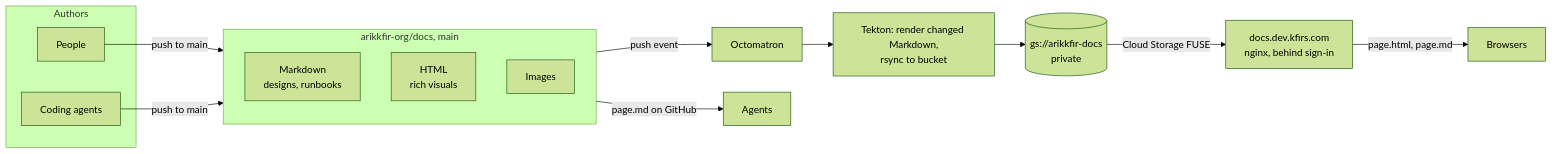
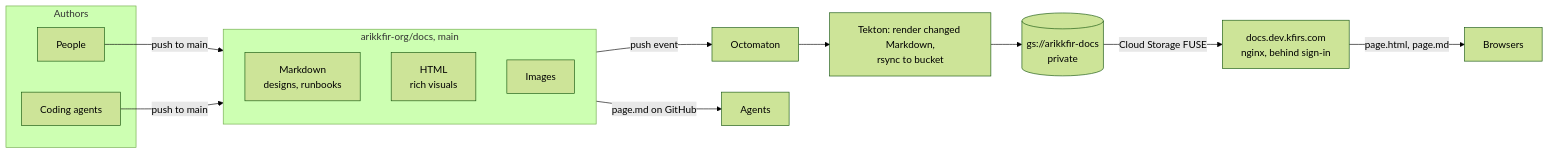
The diagram in hub/designs/phase-0-documentation.md (arikkfir-org/docs), drawn with Mermaid (forest theme) before and after one commit. The commit also changed 15 other files, not shown here.

First line of the commit message:
docs(hub): rename Octomatron to Octomaton under octomaton.dev

````diff
--- a/hub/designs/phase-0-documentation.md
+++ b/hub/designs/phase-0-documentation.md
@@ -8,20 +8,20 @@
 ```mermaid
 flowchart LR
   subgraph Authors
     H[People]
     A[Coding agents]
   end
   subgraph repo[arikkfir-org/docs, main]
     MD[Markdown<br/>designs, runbooks]
     HTML[HTML<br/>rich visuals]
     IMG[Images]
   end
   H -- push to main --> repo
   A -- push to main --> repo
-  repo -- push event --> SB[Octomatron]
+  repo -- push event --> SB[Octomaton]
   SB --> TK[Tekton: render changed Markdown,<br/>rsync to bucket]
   TK --> GCS[(gs://arikkfir-docs<br/>private)]
   GCS -- Cloud Storage FUSE --> WEB[docs.dev.kfirs.com<br/>nginx, behind sign-in]
   WEB -- page.html, page.md --> B[Browsers]
   repo -- page.md on GitHub --> AG[Agents]
 ```
````
